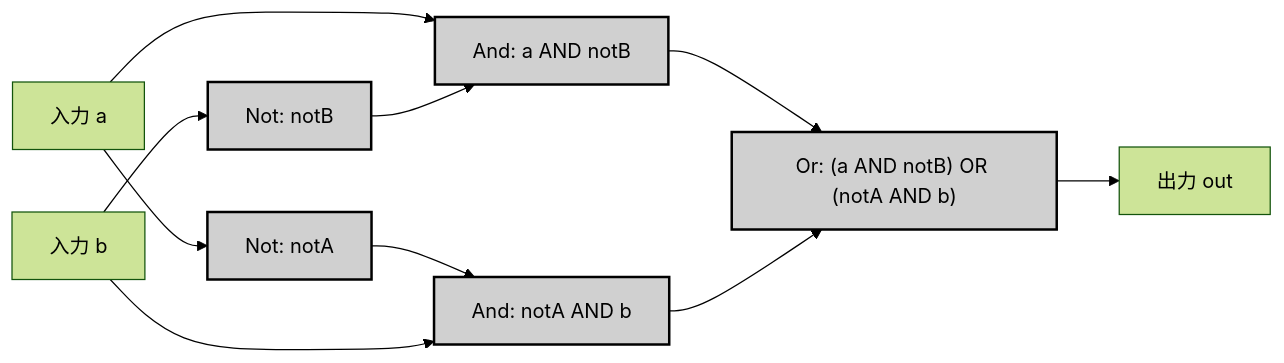
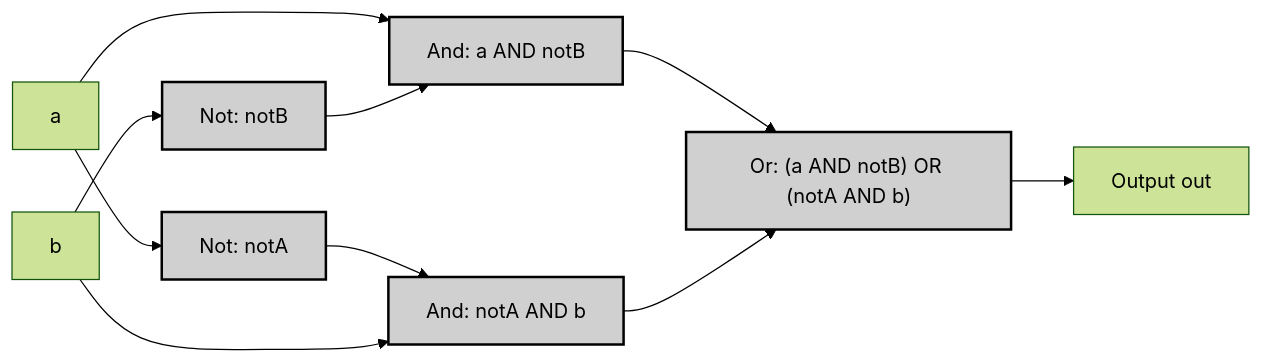
Before and after one commit to MeJamoLeo/Vault_Templates: the second of 3 diagrams in 99_Projects/Nand2Tetris/HackHDL/04_Xor.md, drawn with Mermaid (forest theme). The commit also changed other lines of this file and 3 other files, not shown here.

````diff
--- a/99_Projects/Nand2Tetris/HackHDL/04_Xor.md
+++ b/99_Projects/Nand2Tetris/HackHDL/04_Xor.md
@@ -70,20 +70,20 @@
 ```mermaid
 graph LR;
-    A["入力 a"] --> NotA["Not: notA"];
-    B["入力 b"] --> NotB["Not: notB"];
+    A["a"] --> NotA["Not: notA"];
+    B["b"] --> NotB["Not: notB"];
 
     A --> And1["And: a AND notB"];
     NotB --> And1;
 
     NotA --> And2["And: notA AND b"];
     B --> And2;
 
     And1 --> OrGate["Or: (a AND notB) OR (notA AND b)"];
     And2 --> OrGate;
 
-    OrGate --> Out["出力 out"];
+    OrGate --> Out["Output out"];
 
     classDef gate fill:#d0d0d0,stroke:#000,stroke-width:2px;
     class NotA,NotB,And1,And2,OrGate gate;
 
 ```
````
